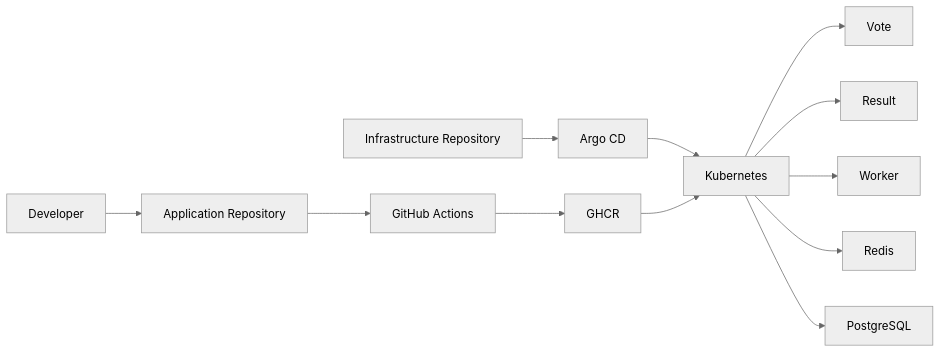
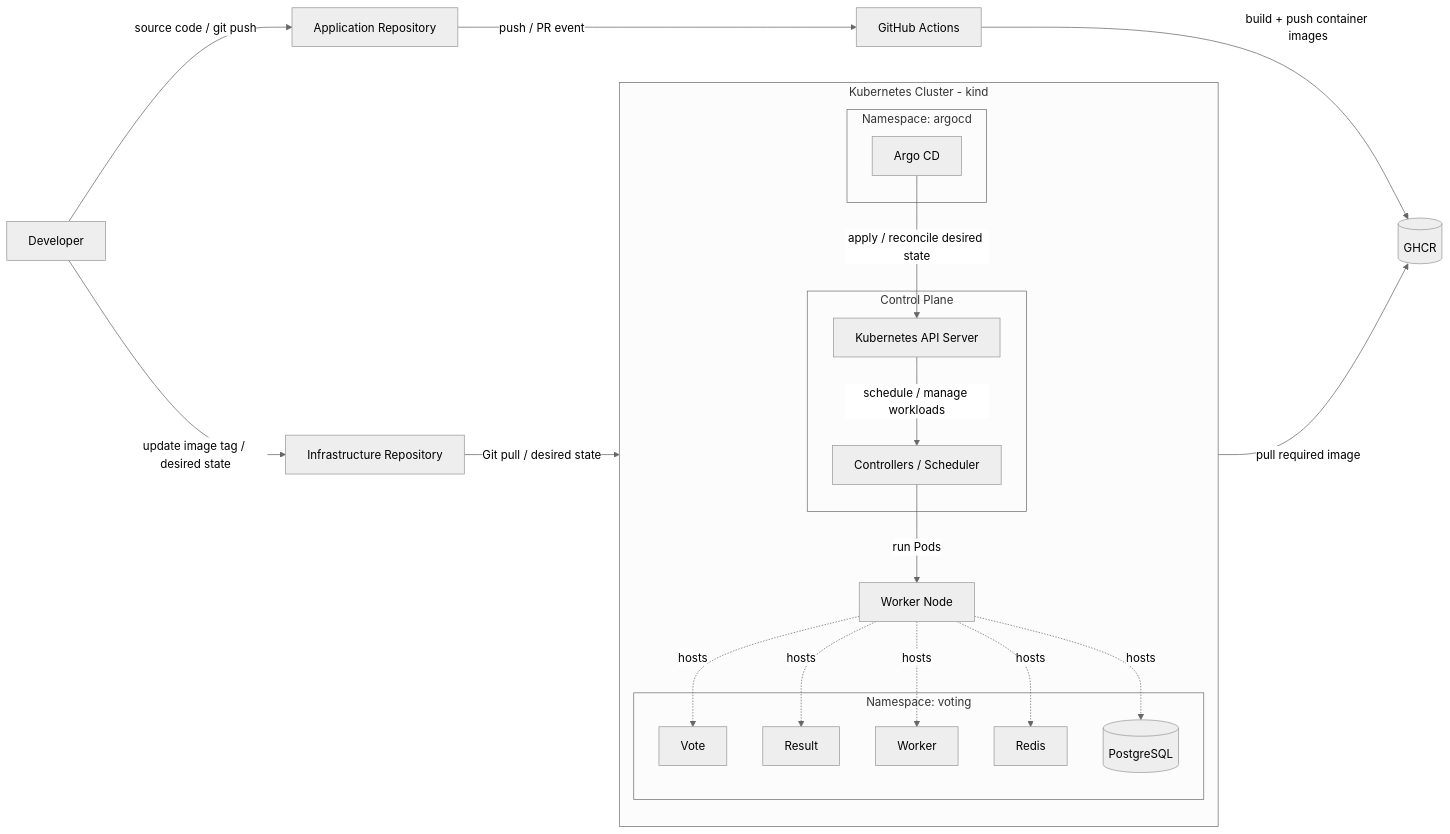
One commit to nugusu20/microservices-infra-gitops changed the first of 2 diagrams in README.md. Above: the diagram before and after it, drawn with Mermaid (neutral theme). The commit also changed other lines of this file, not shown here.

````diff
--- a/README.md
+++ b/README.md
@@ -13,17 +15,52 @@
 ```mermaid
 flowchart LR
-    A[Developer] --> B[Application Repository]
-    B --> C[GitHub Actions]
-    C --> D[GHCR]
+    DEV[Developer]
 
-    E[Infrastructure Repository] --> F[Argo CD]
-    F --> G[Kubernetes]
+    APP[Application Repository]
+    CI[GitHub Actions]
+    GHCR[(GHCR)]
 
-    D --> G
+    INFRA[Infrastructure Repository]
 
-    G --> H[Vote]
-    G --> I[Result]
-    G --> J[Worker]
-    G --> K[Redis]
-    G --> L[PostgreSQL]
+    subgraph K8S[Kubernetes Cluster - kind]
+        direction TB
+
+        subgraph CP[Control Plane]
+            API[Kubernetes API Server]
+            CTRL[Controllers / Scheduler]
+        end
+
+        subgraph ARGO_NS[Namespace: argocd]
+            ARGO[Argo CD]
+        end
+
+        subgraph VOTING_NS[Namespace: voting]
+            VOTE[Vote]
+            RESULT[Result]
+            WORKER[Worker]
+            REDIS[Redis]
+            DB[(PostgreSQL)]
+        end
+
+        NODE[Worker Node]
+    end
+
+    DEV -->|source code / git push| APP
+    APP -->|push / PR event| CI
+    CI -->|build + push container images| GHCR
+
+    DEV -->|update image tag / desired state| INFRA
+    INFRA -->|Git pull / desired state| ARGO
+
+    ARGO -->|apply / reconcile desired state| API
+    API -->|schedule / manage workloads| CTRL
+    CTRL -->|run Pods| NODE
+
+    NODE -->|pull required image| GHCR
+
+    NODE -. hosts .-> VOTE
+    NODE -. hosts .-> RESULT
+    NODE -. hosts .-> WORKER
+    NODE -. hosts .-> REDIS
+    NODE -. hosts .-> DB
 ```
````
